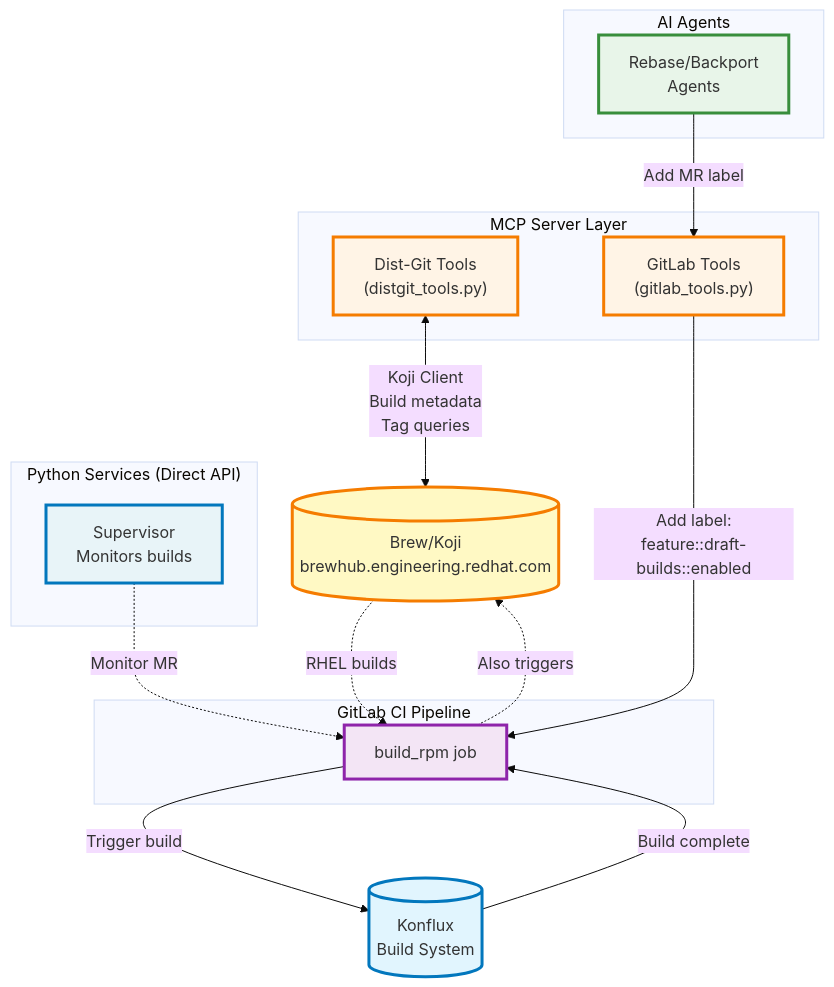
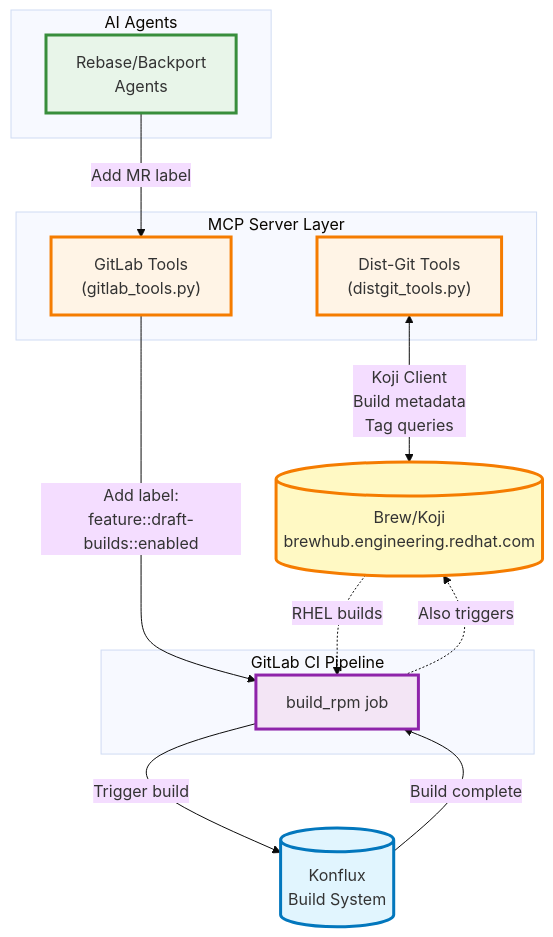
Before and after one commit to packit/ai-workflows: the first of 4 diagrams in brew_konflux_data_flow.md, drawn with Mermaid (base theme). The commit also changed 54 other files, not shown here.

````diff
--- a/brew_konflux_data_flow.md
+++ b/brew_konflux_data_flow.md
@@ -7,43 +7,36 @@
 ```mermaid
 graph TD
     BREW[("Brew/Koji<br/>brewhub.engineering.redhat.com")]
     KONFLUX[("Konflux<br/>Build System")]
 
     subgraph "GitLab CI Pipeline"
         PIPELINE["build_rpm job"]
-    end
-
-    subgraph "Python Services (Direct API)"
-        SUPERVISOR["Supervisor<br/>Monitors builds"]
     end
 
     subgraph "MCP Server Layer"
         MCP_DISTGIT["Dist-Git Tools<br/>(distgit_tools.py)"]
         MCP_GITLAB["GitLab Tools<br/>(gitlab_tools.py)"]
     end
 
     subgraph "AI Agents"
         AGENTS["Rebase/Backport<br/>Agents"]
     end
 
     AGENTS -->|"Add MR label"| MCP_GITLAB
     MCP_GITLAB -->|"Add label:<br/>feature::draft-builds::enabled"| PIPELINE
 
     PIPELINE -->|"Trigger build"| KONFLUX
     KONFLUX -->|"Build complete"| PIPELINE
 
     PIPELINE -.Also triggers.-> BREW
     BREW -.RHEL builds.-> PIPELINE
 
     MCP_DISTGIT <-->|"Koji Client<br/>Build metadata<br/>Tag queries"| BREW
 
-    SUPERVISOR -.Monitor MR.-> PIPELINE
-
-    style SUPERVISOR fill:#e8f4f8,stroke:#0277bd,stroke-width:3px
     style MCP_DISTGIT fill:#fff4e6,stroke:#f57c00,stroke-width:3px
     style MCP_GITLAB fill:#fff4e6,stroke:#f57c00,stroke-width:3px
     style AGENTS fill:#e8f5e9,stroke:#388e3c,stroke-width:3px
     style BREW fill:#fff9c4,stroke:#f57c00,stroke-width:3px
     style KONFLUX fill:#e1f5fe,stroke:#0277bd,stroke-width:3px
     style PIPELINE fill:#f3e5f5,stroke:#8e24aa,stroke-width:3px
 ```
````
